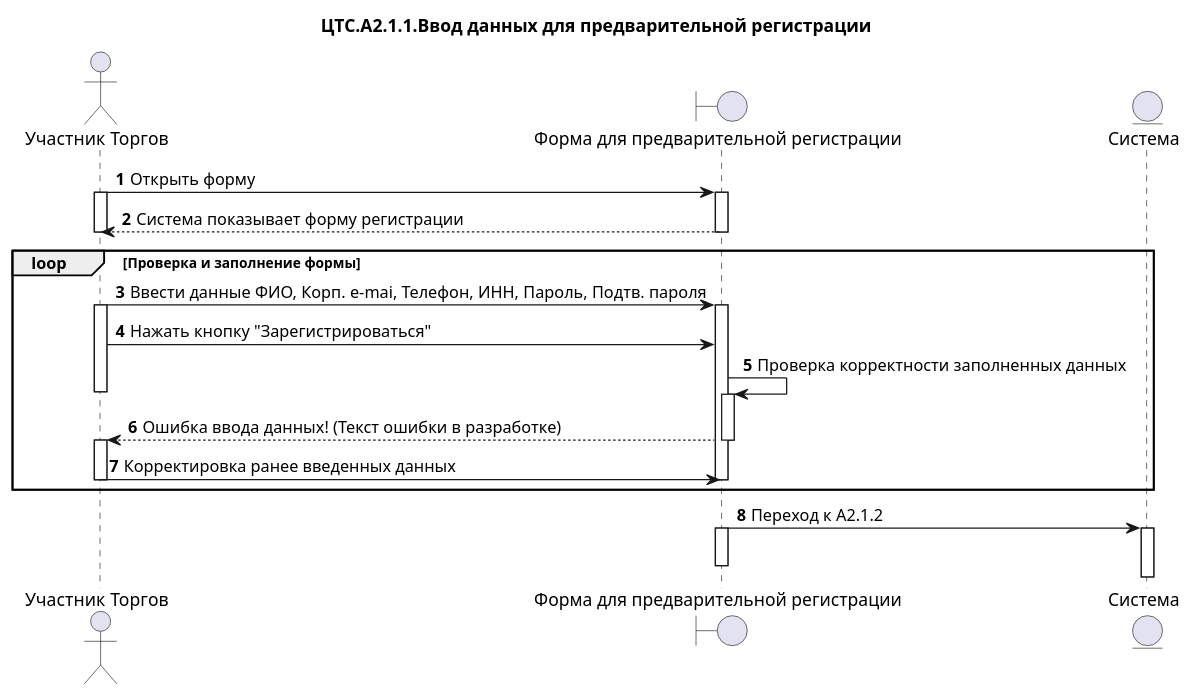
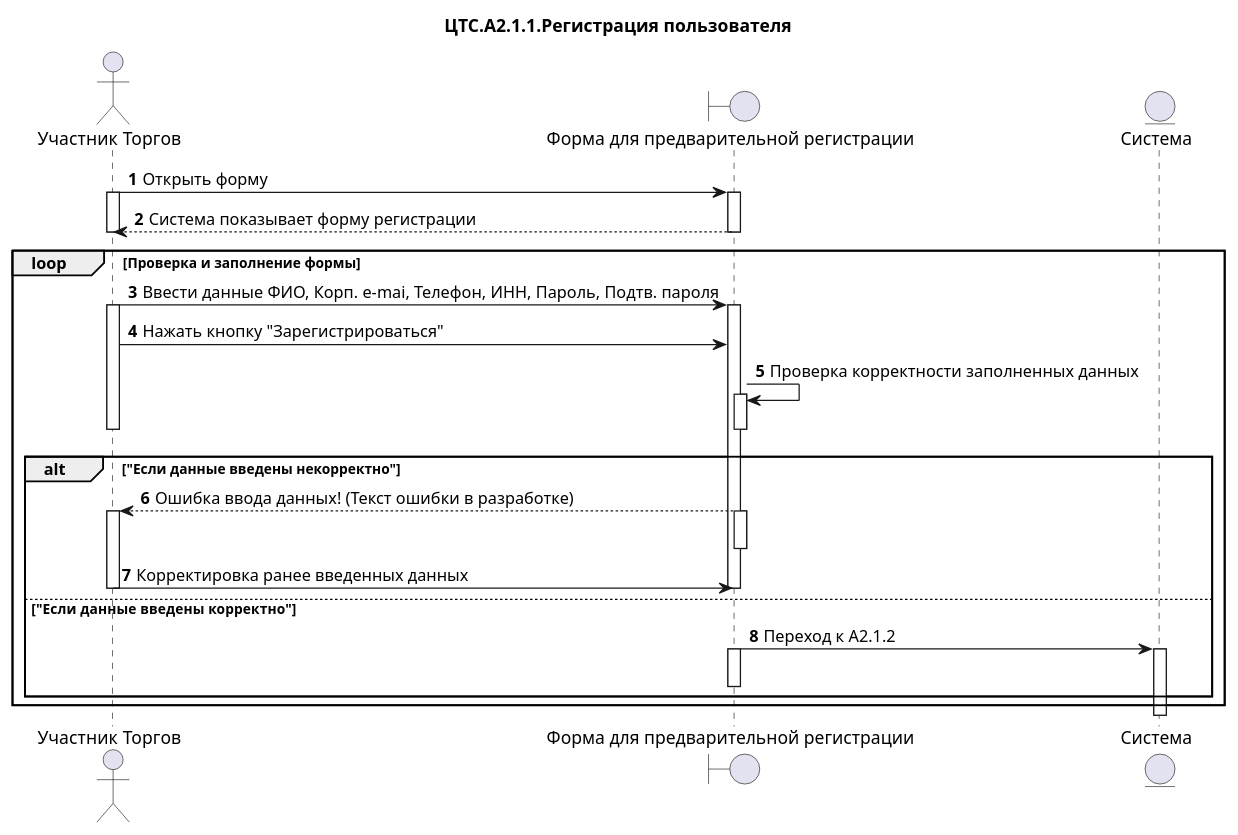
One commit to moaxmoaxpxrf4jag/CTS.Documentation changed the diagram in Project solutions/БП. Диаграммы/A2.Управление организациями-УТ/A2.1.Подключение новой Организации-УТ/ЦТС.А2.1.1 Заполнение формы регистрации нового пользователя.puml. Above: the diagram before and after it, drawn with PlantUML.

Commit message:
1. Изменение названия процесса

```diff
--- a/Project solutions/БП. Диаграммы/A2.Управление организациями-УТ/A2.1.Подключение новой Организации-УТ/ЦТС.А2.1.1 Заполнение формы регистрации нового пользователя.puml
+++ b/Project solutions/БП. Диаграммы/A2.Управление организациями-УТ/A2.1.Подключение новой Организации-УТ/ЦТС.А2.1.1 Заполнение формы регистрации нового пользователя.puml
@@ -1,52 +1,49 @@
 @startuml
 /'Название файла будет: ЦТС.<Номер схемы БП>.<Номер этапа>.<Название этапа в схеме БП>'/
-title "ЦТС.А2.1.1.Ввод данных для предварительной регистрации"
+title "ЦТС.А2.1.1.Регистрация пользователя"
 actor "Участник Торгов" as User
 boundary "Форма для предварительной регистрации" as PreRegistrationForm
 entity "Система" as System
-
 
 autonumber
 
 User -> PreRegistrationForm: Открыть форму
 activate User
 activate PreRegistrationForm
 
 PreRegistrationForm-->User: Система показывает форму регистрации
 deactivate User
 deactivate PreRegistrationForm
 
 loop Проверка и заполнение формы
 User -> PreRegistrationForm: Ввести данные ФИО, Корп. e-mai, Телефон, ИНН, Пароль, Подтв. пароля
 activate User
 activate PreRegistrationForm
 
 User -> PreRegistrationForm: Нажать кнопку "Зарегистрироваться"
-
 PreRegistrationForm -> PreRegistrationForm: Проверка корректности заполненных данных 
 activate PreRegistrationForm
 deactivate User
-
-PreRegistrationForm --> User: Ошибка ввода данных! (Текст ошибки в разработке) 
-deactivate PreRegistrationForm
-activate User
-
-User->PreRegistrationForm: Корректировка ранее введенных данных
-deactivate User
-deactivate PreRegistrationForm
-end
-
-PreRegistrationForm -> System: Переход к А2.1.2
-activate PreRegistrationForm
-activate System
 deactivate PreRegistrationForm
 
-'System->System:Создание записи в Справочнике "Организации-УТ"
-'System->System:Создание записи в Справочнике "Пользователь", связаную с Организацией-УТ
-'System->User: Подтверждение регистрации по Е-мэйл
-'activate User
+ alt "Если данные введены некорректно"
 
-'User->User: Переход к А2.1.2
-'activate User
+ PreRegistrationForm --> User: Ошибка ввода данных! (Текст ошибки в разработке) 
+ activate PreRegistrationForm
+ activate User
+ deactivate PreRegistrationForm
 
+ User->PreRegistrationForm: Корректировка ранее введенных данных
+ deactivate User
+ deactivate PreRegistrationForm
+ 
+ else "Если данные  введены корректно"
+
+ PreRegistrationForm -> System: Переход к А2.1.2
+ activate PreRegistrationForm
+ activate System
+ deactivate PreRegistrationForm
+
+ end
+end
 @enduml
```
